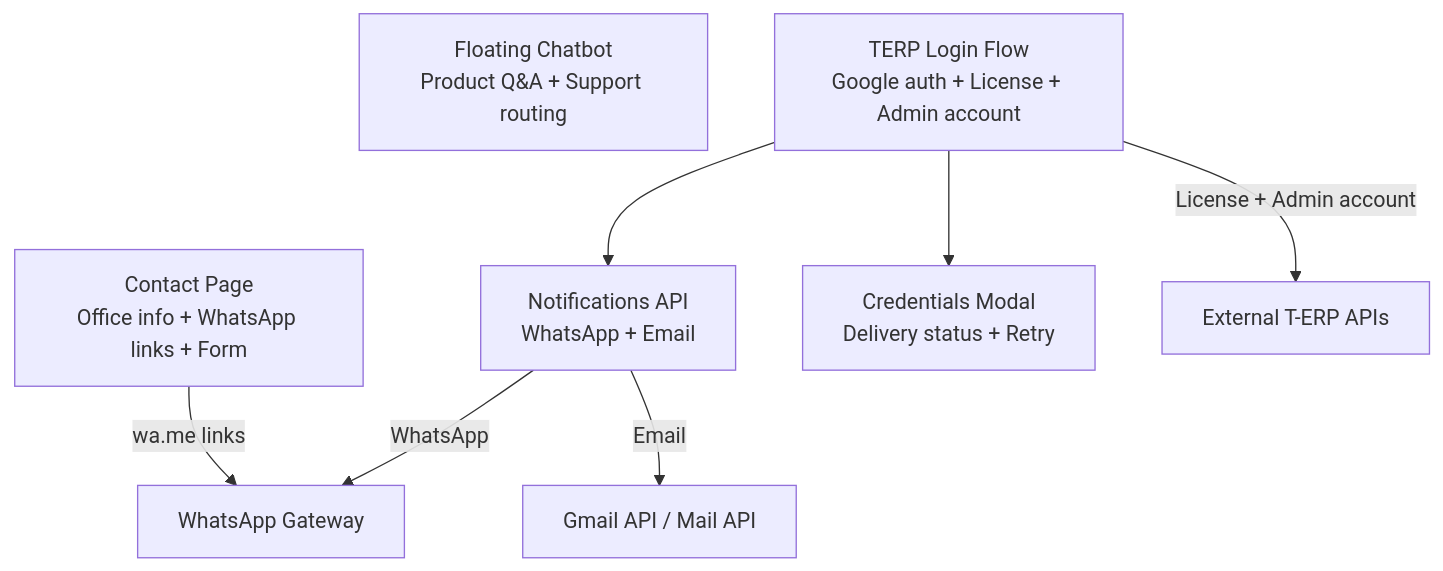
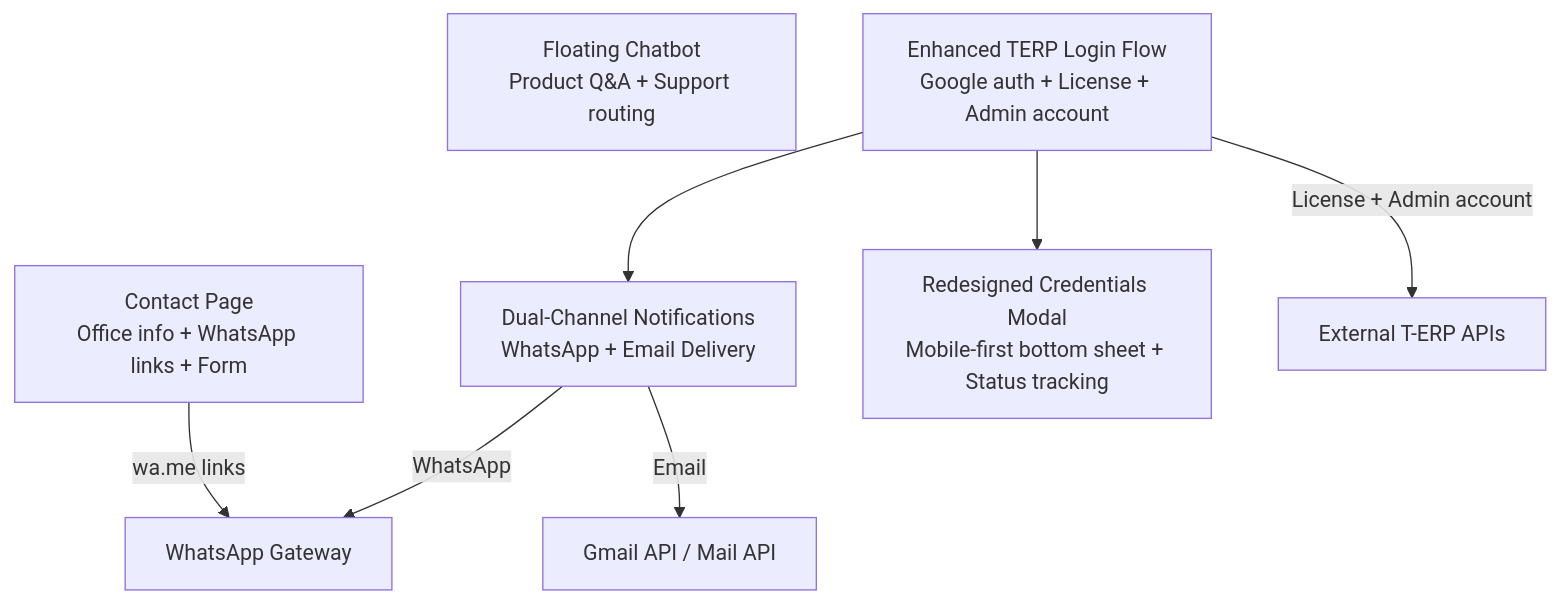
One commit to imcbsglobal/TRELLISCO_ERP_FRONTEND changed the first of 8 diagrams in .qoder/repowiki/en/content/Public Website Features/Contact Integration.md. Above: the diagram before and after it, drawn with Mermaid. The commit also changed other lines of this file and 15 other files, not shown here.

````diff
--- a/.qoder/repowiki/en/content/Public Website Features/Contact Integration.md
+++ b/.qoder/repowiki/en/content/Public Website Features/Contact Integration.md
@@ -45,14 +56,14 @@
 ```mermaid
 graph TB
 ContactPage["Contact Page<br/>Office info + WhatsApp links + Form"]
 Chatbot["Floating Chatbot<br/>Product Q&A + Support routing"]
-TERPLogin["TERP Login Flow<br/>Google auth + License + Admin account"]
-Notifications["Notifications API<br/>WhatsApp + Email"]
-CredentialsModal["Credentials Modal<br/>Delivery status + Retry"]
+TERPLogin["Enhanced TERP Login Flow<br/>Google auth + License + Admin account"]
+Notifications["Dual-Channel Notifications<br/>WhatsApp + Email Delivery"]
+CredentialsModal["Redesigned Credentials Modal<br/>Mobile-first bottom sheet + Status tracking"]
 ContactPage --> |"wa.me links"| WhatsAppGateway["WhatsApp Gateway"]
 TERPLogin --> |"License + Admin account"| ExternalAPIs["External T-ERP APIs"]
 TERPLogin --> Notifications
 Notifications --> |"WhatsApp"| WhatsAppGateway
 Notifications --> |"Email"| GmailAPI["Gmail API / Mail API"]
 TERPLogin --> CredentialsModal
 ```
````
